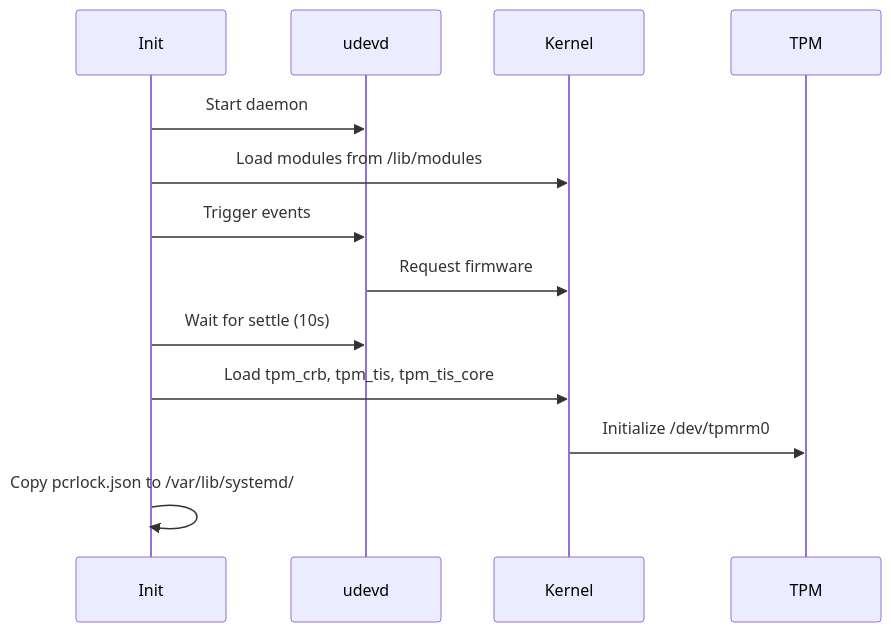
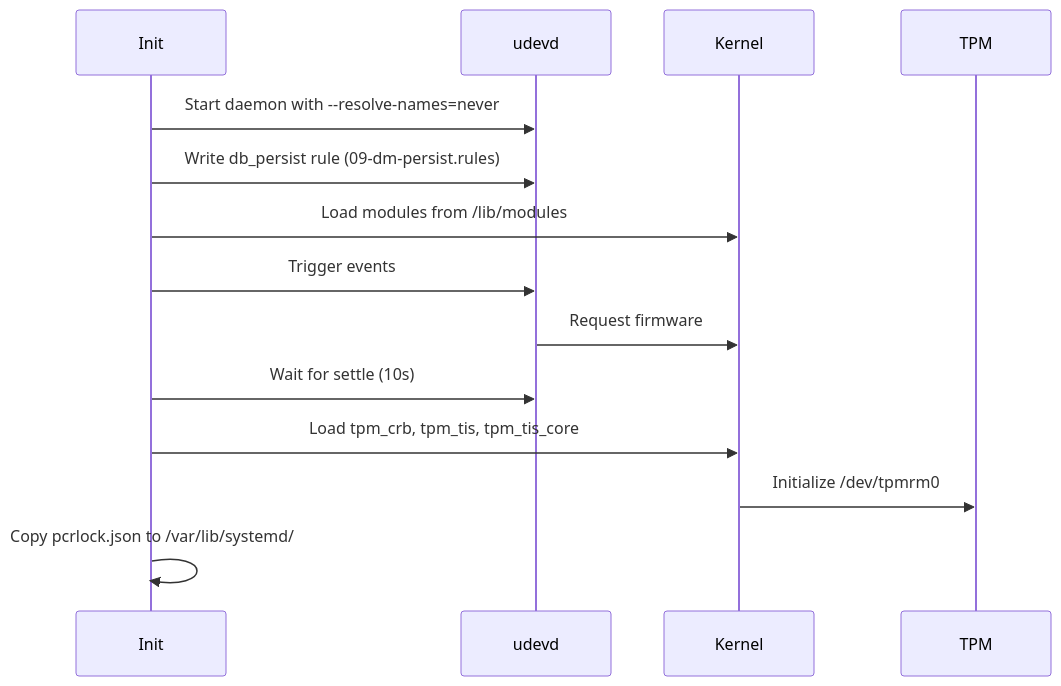
One commit to zaolin/vanguard changed the fourth of 11 diagrams in docs/boot-flow.md. Above: the diagram before and after it, drawn with Mermaid. The commit also changed other lines of this file and 3 other files, not shown here.

````diff
--- a/docs/boot-flow.md
+++ b/docs/boot-flow.md
@@ -131,16 +113,17 @@
 ```mermaid
 sequenceDiagram
     participant Init
     participant udevd
     participant Kernel
     participant TPM
 
-    Init->>udevd: Start daemon
+    Init->>udevd: Start daemon with --resolve-names=never
+    Init->>udevd: Write db_persist rule (09-dm-persist.rules)
     Init->>Kernel: Load modules from /lib/modules
     Init->>udevd: Trigger events
     udevd->>Kernel: Request firmware
     Init->>udevd: Wait for settle (10s)
     Init->>Kernel: Load tpm_crb, tpm_tis, tpm_tis_core
     Kernel->>TPM: Initialize /dev/tpmrm0
     Init->>Init: Copy pcrlock.json to /var/lib/systemd/
 ```
````
